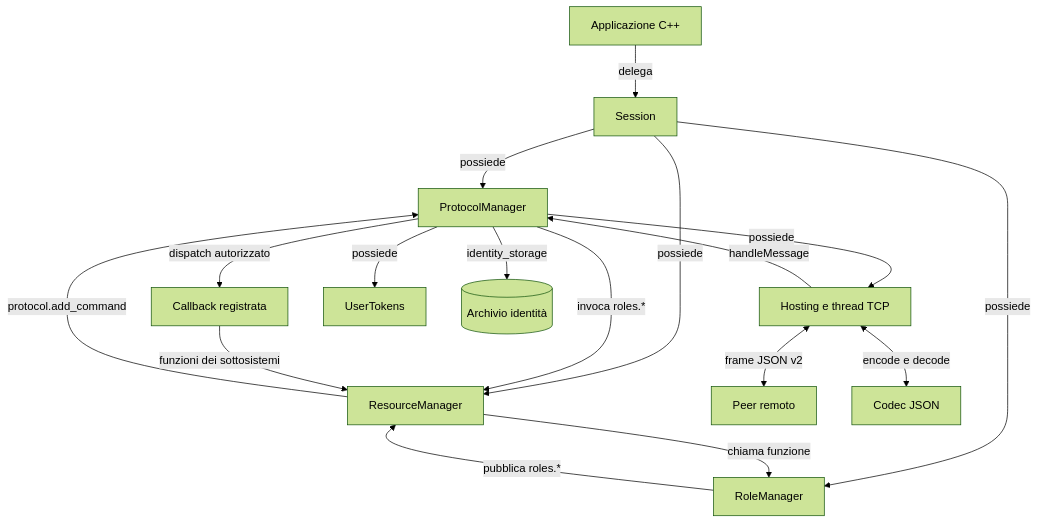
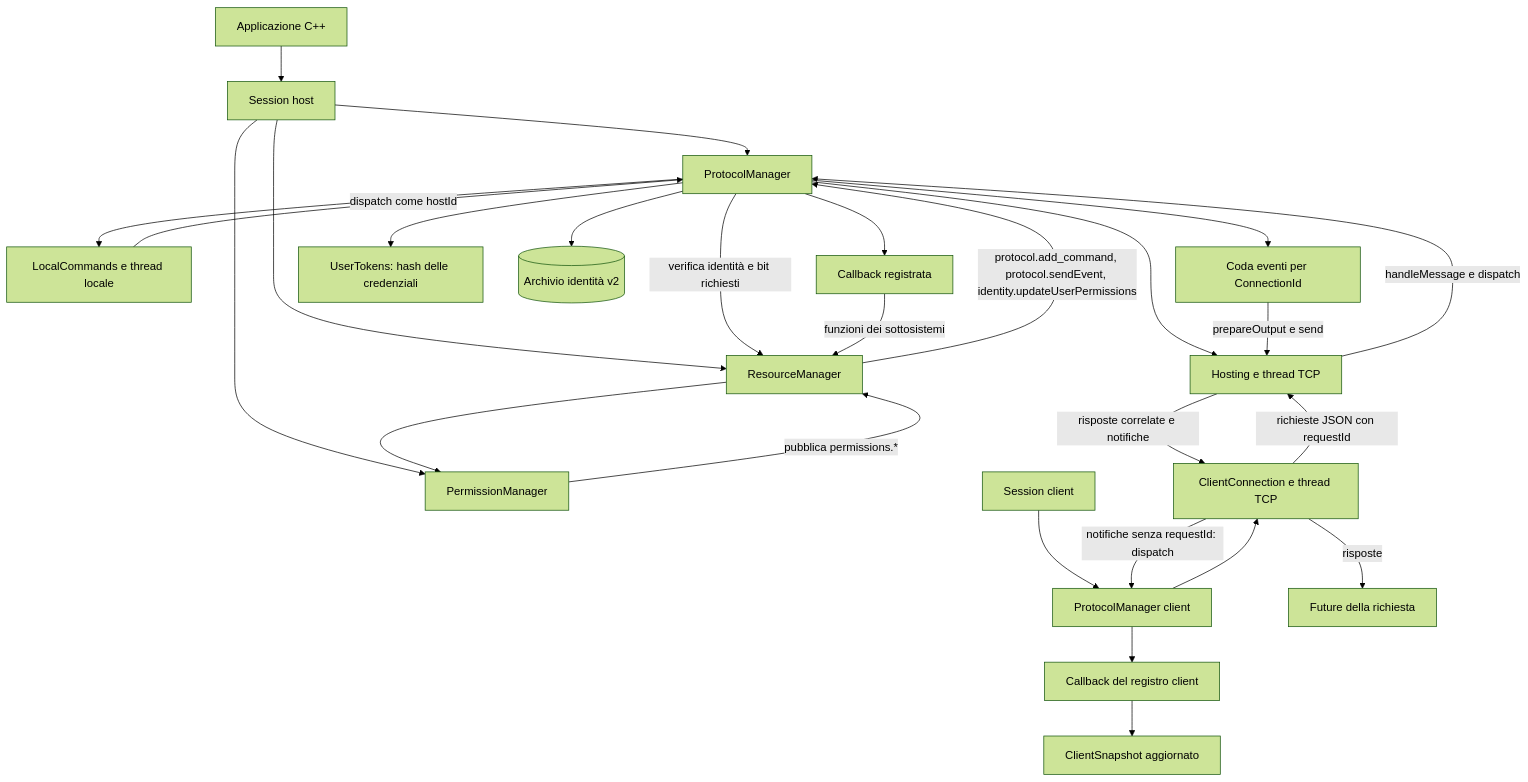
Before and after one commit to ForzaElettromotrice/GolarionHelper: the first of 8 diagrams in .context/session-flows.md, drawn with Mermaid (forest theme). The commit also changed other lines of this file and 59 other files, not shown here.

Commit message:
feat(play): replace role authorization with permissions and live updates

````diff
--- a/.context/session-flows.md
+++ b/.context/session-flows.md
@@ -24,19 +7,29 @@
 ```mermaid
 flowchart TB
-    App[Applicazione C++] -->|delega| S[Session]
-    S -->|possiede| PM[ProtocolManager]
-    S -->|possiede| RM[ResourceManager]
-    S -->|possiede| R[RoleManager]
-    PM -->|possiede| H[Hosting e thread TCP]
-    H <-->|frame JSON v2| Peer[Peer remoto]
-    H <-->|encode e decode| Codec[Codec JSON]
-    H -->|handleMessage| PM
-    R -->|pubblica roles.*| RM
-    PM -->|invoca roles.*| RM
-    RM -->|chiama funzione| R
-    RM -->|protocol.add_command| PM
-    PM -->|dispatch autorizzato| CB[Callback registrata]
+    App[Applicazione C++] --> S[Session host]
+    S --> PM[ProtocolManager]
+    S --> RM[ResourceManager]
+    S --> P[PermissionManager]
+    PM --> H[Hosting e thread TCP]
+    PM --> L[LocalCommands e thread locale]
+    CS[Session client] --> CP[ProtocolManager client]
+    CP --> C[ClientConnection e thread TCP]
+    C -->|richieste JSON con requestId| H
+    H -->|risposte correlate e notifiche| C
+    C -->|risposte| Future[Future della richiesta]
+    C -->|notifiche senza requestId: dispatch| CP
+    CP --> CCB[Callback del registro client]
+    CCB --> Snap[ClientSnapshot aggiornato]
+    H -->|handleMessage e dispatch| PM
+    L -->|dispatch come hostId| PM
+    P -->|pubblica permissions.*| RM
+    PM -->|verifica identità e bit richiesti| RM
+    RM --> P
+    RM -->|protocol.add_command, protocol.sendEvent, identity.updateUserPermissions| PM
+    PM --> Q[Coda eventi per ConnectionId]
+    Q -->|prepareOutput e send| H
+    PM --> CB[Callback registrata]
     CB -->|funzioni dei sottosistemi| RM
-    PM -->|possiede| T[UserTokens]
-    PM -->|identity_storage| F[(Archivio identità)]
+    PM --> T[UserTokens: hash delle credenziali]
+    PM --> F[(Archivio identità v2)]
 ```
````
